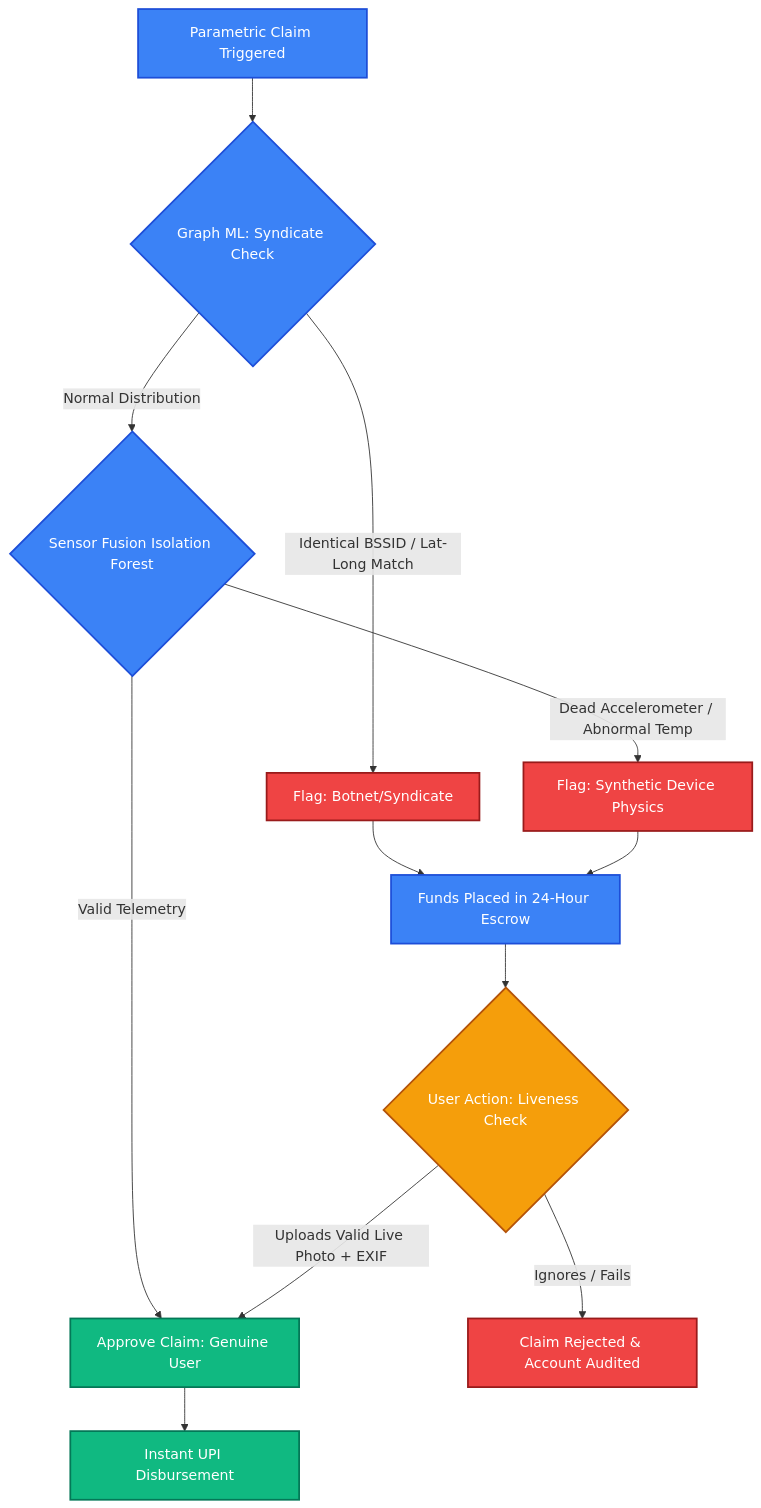
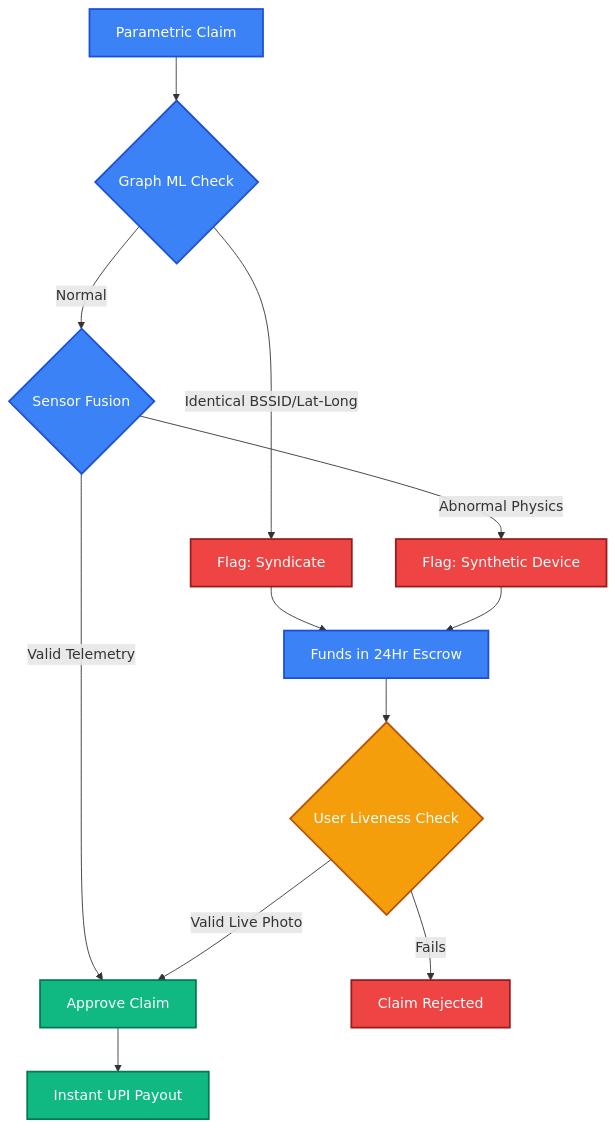
The second of 2 diagrams in README.md (Ghostkwebb/Q-Sure-Guidewire-DEVTrails), drawn with Mermaid before and after one commit. The commit also changed other lines of this file, not shown here.

````diff
--- a/README.md
+++ b/README.md
@@ -133,23 +98,19 @@
 ```mermaid
 graph TD
     classDef anomaly fill:#ef4444,stroke:#991b1b,stroke-width:2px,color:#fff;
     classDef process fill:#3b82f6,stroke:#1d4ed8,stroke-width:2px,color:#fff;
     classDef pass fill:#10b981,stroke:#047857,stroke-width:2px,color:#fff;
     classDef user fill:#f59e0b,stroke:#b45309,stroke-width:2px,color:#fff;
 
-    A[Parametric Claim Triggered]:::process --> B{Graph ML: Syndicate Check}:::process
-    B -- Identical BSSID / Lat-Long Match --> C[Flag: Botnet/Syndicate]:::anomaly
-    B -- Normal Distribution --> D{Sensor Fusion Isolation Forest}:::process
-    
-    D -- Dead Accelerometer / Abnormal Temp --> E[Flag: Synthetic Device Physics]:::anomaly
-    D -- Valid Telemetry --> F[Approve Claim: Genuine User]:::pass
-    
-    C --> G[Funds Placed in 24-Hour Escrow]:::process
+    A[Parametric Claim]:::process --> B{Graph ML Check}:::process
+    B -- Identical BSSID/Lat-Long --> C[Flag: Syndicate]:::anomaly
+    B -- Normal --> D{Sensor Fusion}:::process
+    D -- Abnormal Physics --> E[Flag: Synthetic Device]:::anomaly
+    D -- Valid Telemetry --> F[Approve Claim]:::pass
+    C --> G[Funds in 24Hr Escrow]:::process
     E --> G
-    
-    G --> H{User Action: Liveness Check}:::user
-    H -- Uploads Valid Live Photo + EXIF --> F
-    H -- Ignores / Fails --> I[Claim Rejected & Account Audited]:::anomaly
-    
-    F --> J[Instant UPI Disbursement]:::pass
+    G --> H{User Liveness Check}:::user
+    H -- Valid Live Photo --> F
+    H -- Fails --> I[Claim Rejected]:::anomaly
+    F --> J[Instant UPI Payout]:::pass
 ```
````
